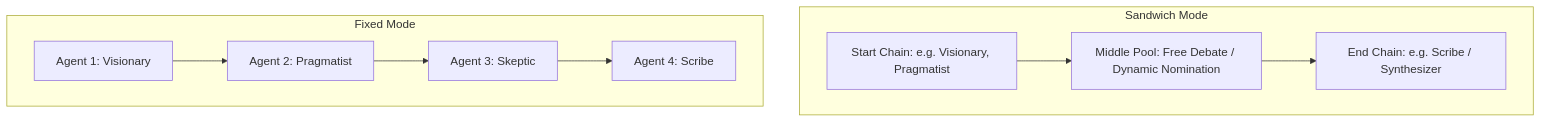
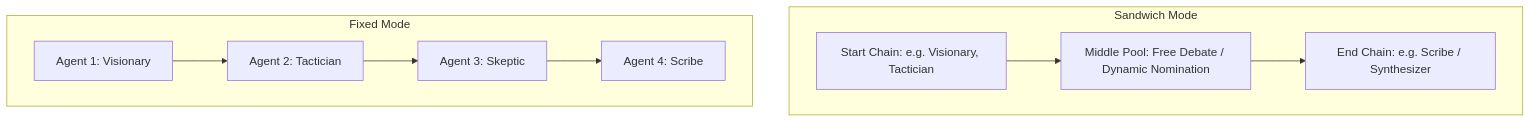
The diagram in docs/architecture/topologies-and-routing.md (BranMik/Izvor), drawn with Mermaid before and after one commit. The commit also changed other lines of this file and 27 other files, not shown here.

First line of the commit message:
docs(p4): align documentation, slash aliases, schemas and e2e scenarios with live codebase

````diff
--- a/docs/architecture/topologies-and-routing.md
+++ b/docs/architecture/topologies-and-routing.md
@@ -11,13 +11,13 @@
 ```mermaid
 graph TD
     subgraph Sandwich Mode
-        Start[Start Chain: e.g. Visionary, Pragmatist] --> Middle[Middle Pool: Free Debate / Dynamic Nomination]
+        Start[Start Chain: e.g. Visionary, Tactician] --> Middle[Middle Pool: Free Debate / Dynamic Nomination]
         Middle --> End[End Chain: e.g. Scribe / Synthesizer]
     end
 
     subgraph Fixed Mode
-        Step1[Agent 1: Visionary] --> Step2[Agent 2: Pragmatist]
+        Step1[Agent 1: Visionary] --> Step2[Agent 2: Tactician]
         Step2 --> Step3[Agent 3: Skeptic]
         Step3 --> Step4[Agent 4: Scribe]
     end
 ```
````
